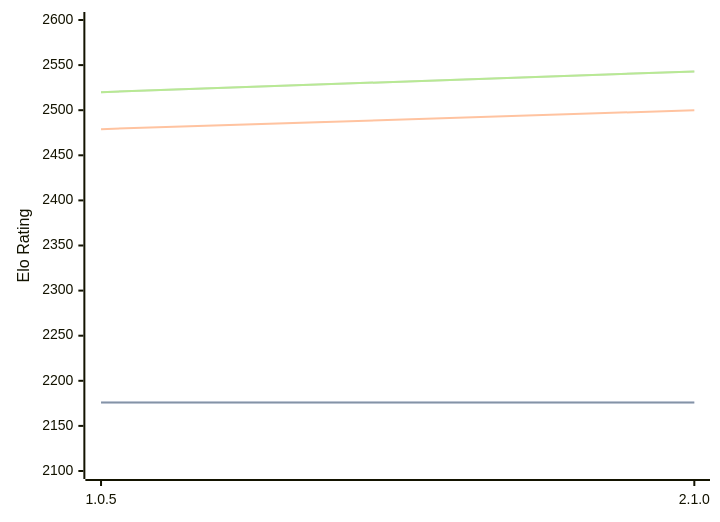
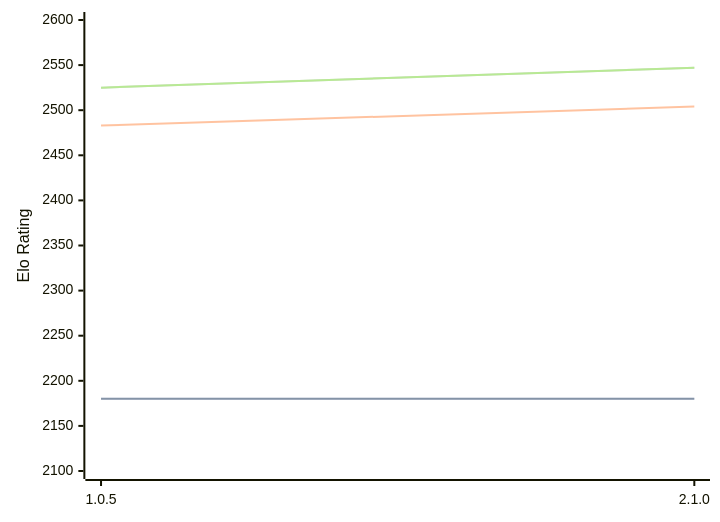
Before and after one commit to computer-chess-index/cci: the diagram in engines/Ruffian.md, drawn with Mermaid. The commit also changed other lines of this file, not shown here.

Commit message:
Update CCI Ratings (ELO VLTC) - 2026-04-18

````diff
--- a/engines/Ruffian.md
+++ b/engines/Ruffian.md
@@ -32,11 +32,11 @@
 ```mermaid
 %%{init: {"theme":"base","themeVariables":{"seriesColors:['#a3a3a3','#222221','#faa371']}}}%%
 xychart-beta
   x-axis ["1.0.5", "2.1.0"]
   y-axis "Elo Rating" 2100 --> 2600
-  line "STC (8.0+0.08s)" [2176, 2176]
-  line "STC (8.0+0.08s)" [2176, 2176]
-  line "LTC (60.0+0.60s)" [2479, 2500]
-  line "VLTC (2m24s+1.12s)" [2520, 2543]
-  line "VLTC (2m24s+1.12s)" [2520, 2543]
+  line "STC (8.0+0.08s)" [2180, 2180]
+  line "STC (8.0+0.08s)" [2180, 2180]
+  line "LTC (60.0+0.60s)" [2483, 2504]
+  line "VLTC (2m24s+1.12s)" [2525, 2547]
+  line "VLTC (2m24s+1.12s)" [2525, 2547]
 ```
````
